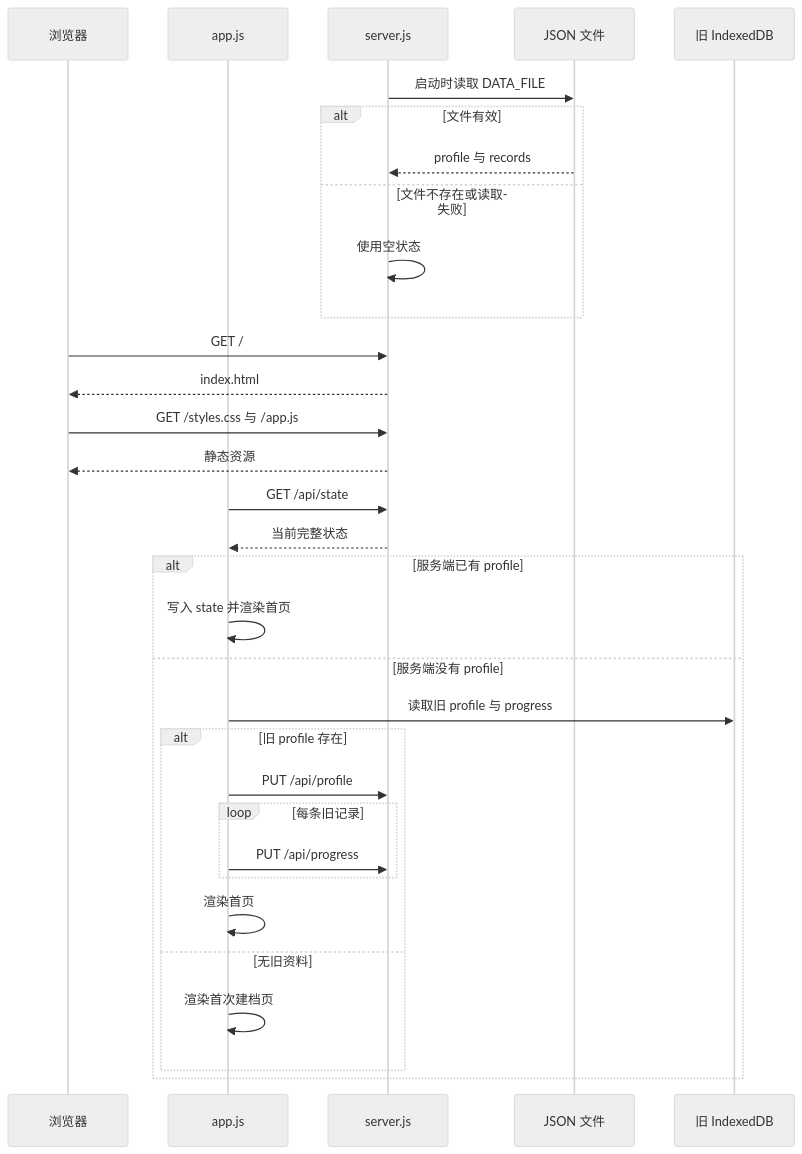
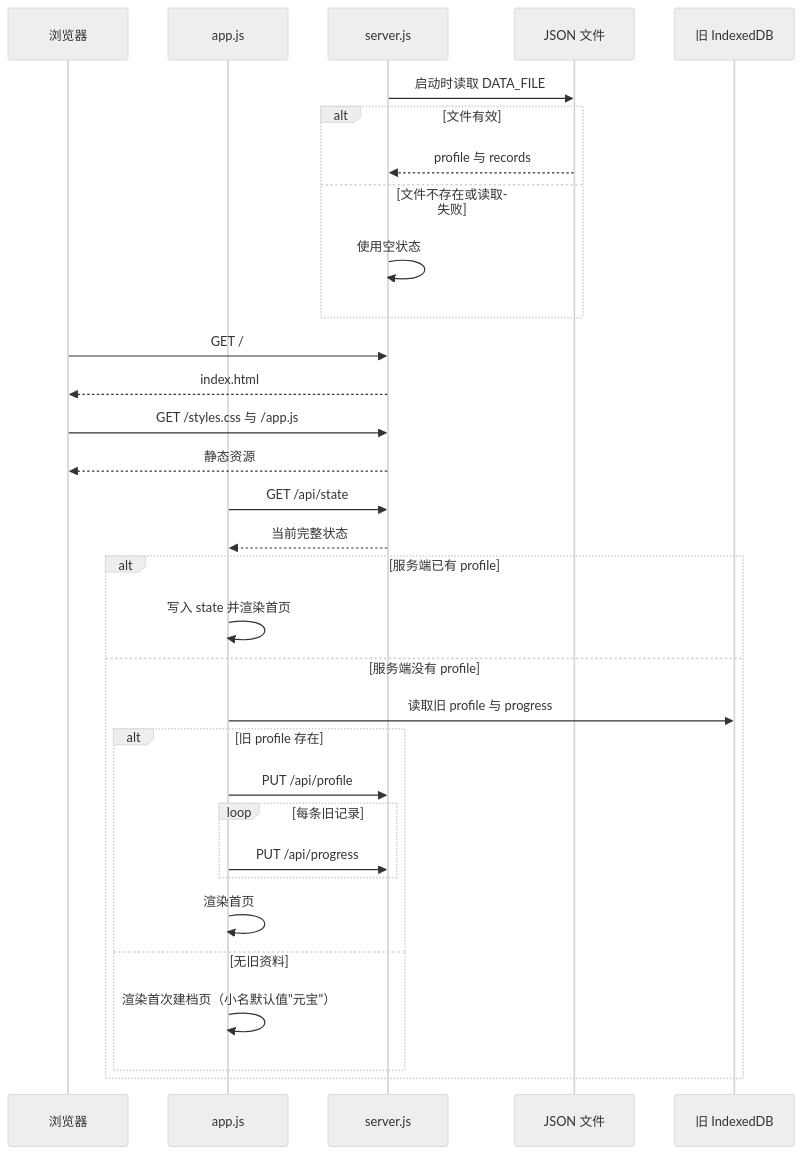
The first of 5 diagrams in docs/codinghub/flows.md (guccang/yuanbao), drawn with Mermaid (neutral theme) before and after one commit. The commit also changed other lines of this file and 3 other files, not shown here.

````diff
--- a/docs/codinghub/flows.md
+++ b/docs/codinghub/flows.md
@@ -9,35 +9,35 @@
 ```mermaid
 sequenceDiagram
     participant B as 浏览器
     participant A as app.js
     participant S as server.js
     participant F as JSON 文件
     participant I as 旧 IndexedDB
 
     S->>F: 启动时读取 DATA_FILE
     alt 文件有效
         F-->>S: profile 与 records
     else 文件不存在或读取失败
         S->>S: 使用空状态
     end
     B->>S: GET /
     S-->>B: index.html
     B->>S: GET /styles.css 与 /app.js
     S-->>B: 静态资源
     A->>S: GET /api/state
     S-->>A: 当前完整状态
     alt 服务端已有 profile
         A->>A: 写入 state 并渲染首页
     else 服务端没有 profile
         A->>I: 读取旧 profile 与 progress
         alt 旧 profile 存在
             A->>S: PUT /api/profile
             loop 每条旧记录
                 A->>S: PUT /api/progress
             end
             A->>A: 渲染首页
         else 无旧资料
-            A->>A: 渲染首次建档页
+            A->>A: 渲染首次建档页（小名默认值"元宝"）
         end
     end
 ```
````
